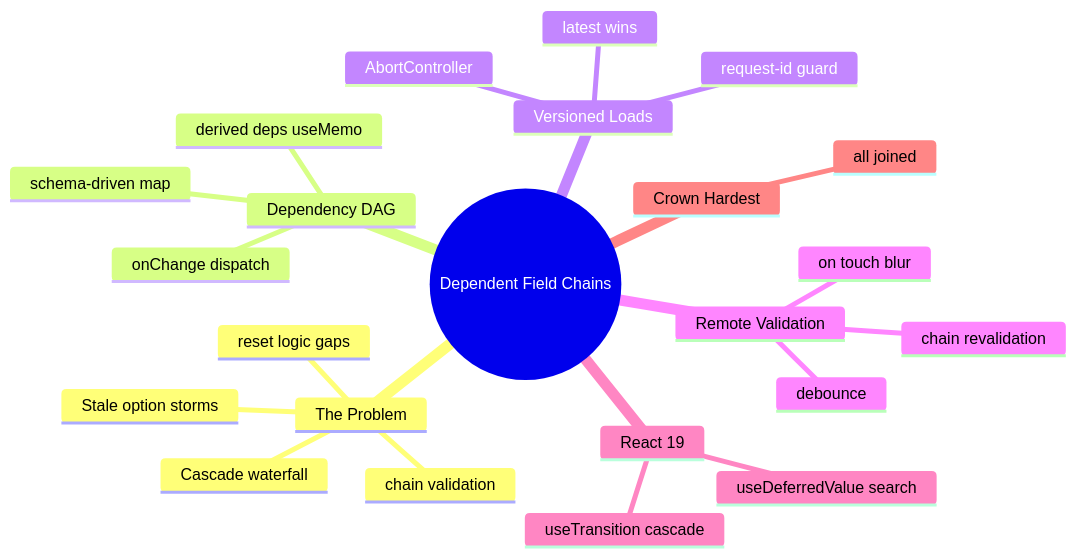
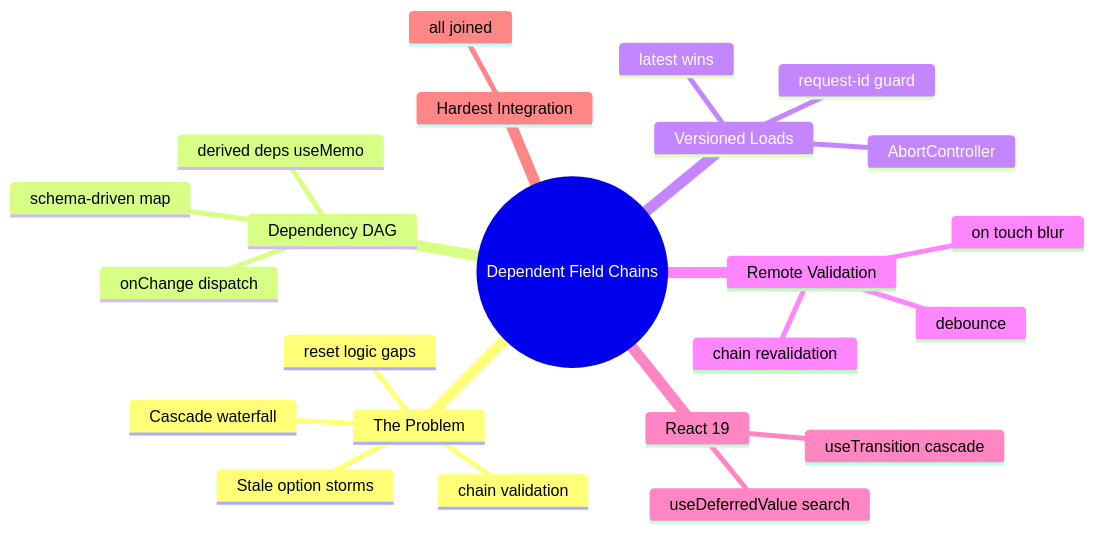
Before and after one commit to adamaiken89/course-content: the diagram in enterprise-react-ui-patterns/modules/13-dependent-field-chains/lesson.md, drawn with Mermaid. The commit also changed other lines of this file and 101 other files, not shown here.

````diff
--- a/enterprise-react-ui-patterns/modules/13-dependent-field-chains/lesson.md
+++ b/enterprise-react-ui-patterns/modules/13-dependent-field-chains/lesson.md
@@ -9,26 +9,26 @@
 ```mermaid
 mindmap
   root((Dependent Field Chains))
     The Problem
       Cascade waterfall
       Stale option storms
       reset logic gaps
       chain validation
     Dependency DAG
       schema-driven map
       derived deps useMemo
       onChange dispatch
     Versioned Loads
       request-id guard
       AbortController
       latest wins
     Remote Validation
       on touch blur
       debounce
       chain revalidation
     React 19
       useTransition cascade
       useDeferredValue search
-    Crown Hardest
+    Hardest Integration
       all joined
 ```
````
